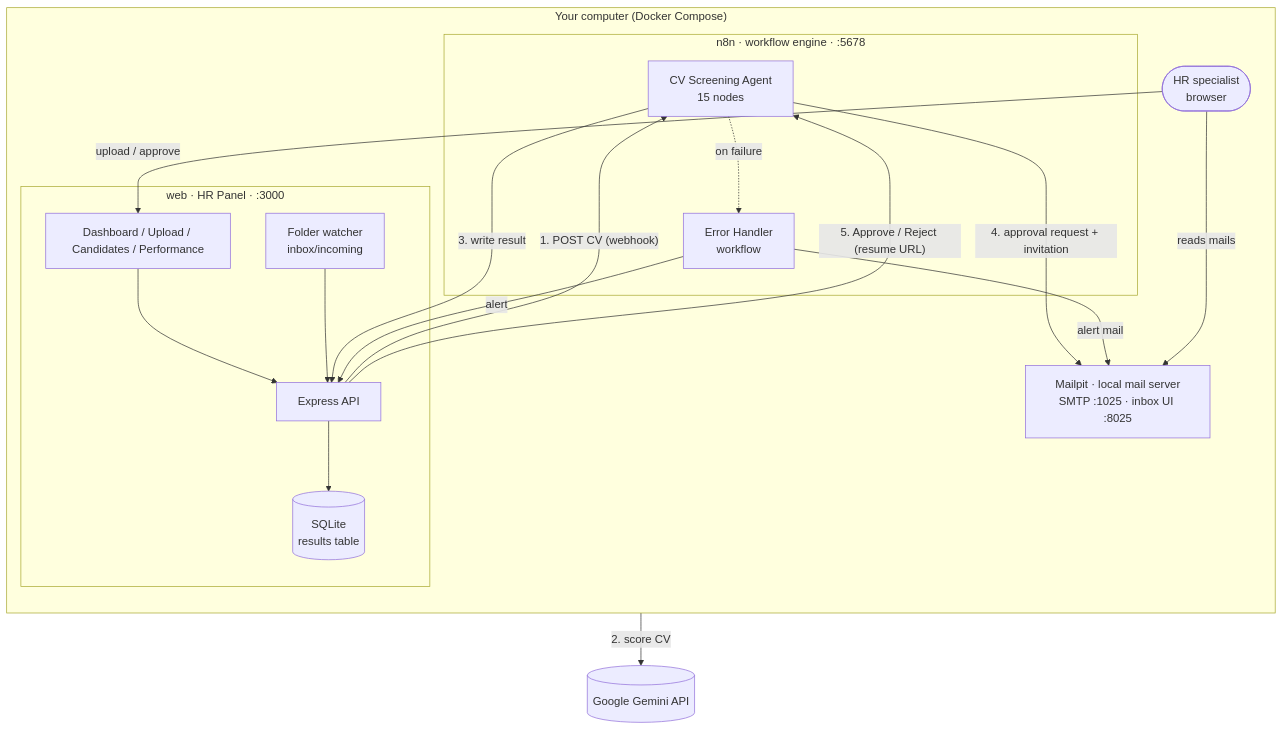
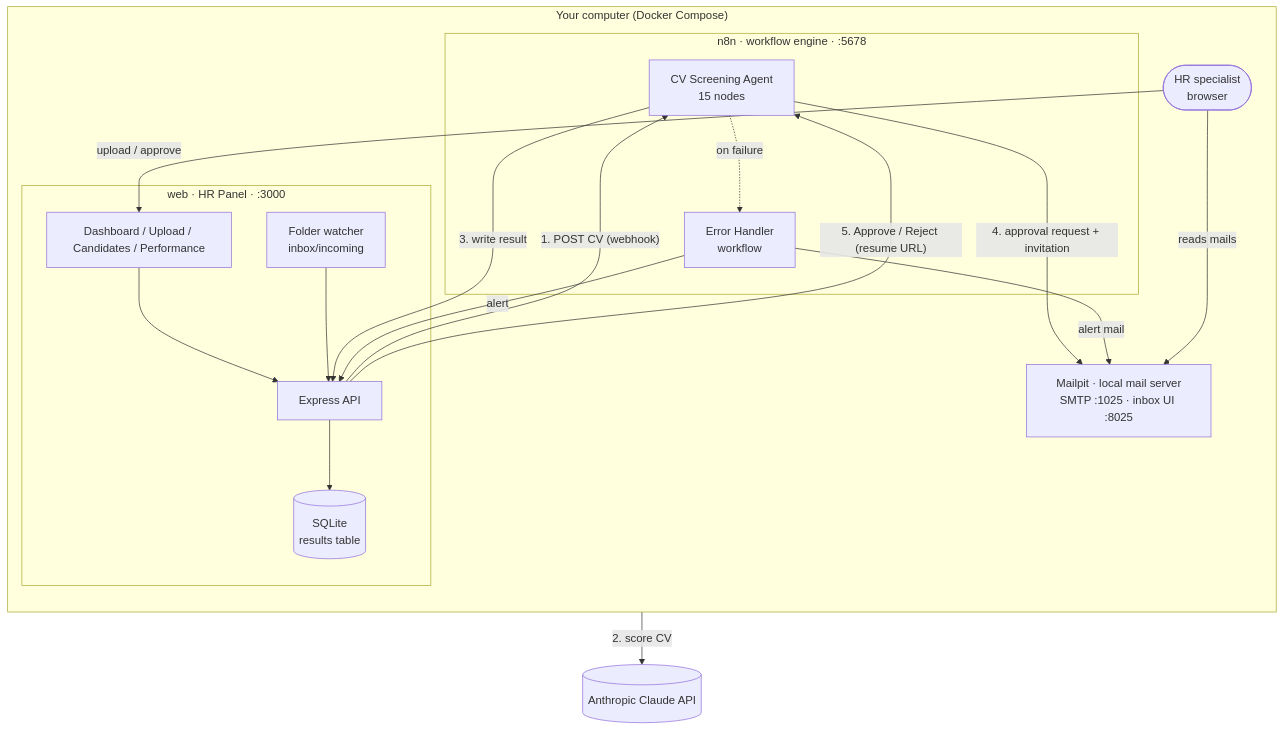
Before and after one commit to hkankyilmaz/ekomino-cv-screening: the third of 4 diagrams in README.md, drawn with Mermaid. The commit also changed other lines of this file and 18 other files, not shown here.

````diff
--- a/README.md
+++ b/README.md
@@ -160,33 +166,33 @@
 ```mermaid
 flowchart TB
     subgraph Laptop["Your computer (Docker Compose)"]
         direction TB
         HR([HR specialist<br/>browser])
         subgraph WEB["web · HR Panel · :3000"]
             UI[Dashboard / Upload / Candidates / Performance]
             API[Express API]
             DB[(SQLite<br/>results table)]
             WATCH[Folder watcher<br/>inbox/incoming]
         end
         subgraph N8N["n8n · workflow engine · :5678"]
             WF[CV Screening Agent<br/>15 nodes]
             ERR[Error Handler<br/>workflow]
         end
         MAIL[Mailpit · local mail server<br/>SMTP :1025 · inbox UI :8025]
     end
-    GEM[(Google Gemini API)]
+    GEM[(Anthropic Claude API)]
 
     HR -- upload / approve --> UI
     UI --> API
     API --> DB
     WATCH --> API
     API -- "1. POST CV (webhook)" --> WF
     WF -- "2. score CV" --> GEM
     WF -- "3. write result" --> API
     WF -- "4. approval request + invitation" --> MAIL
     API -- "5. Approve / Reject (resume URL)" --> WF
     WF -. on failure .-> ERR
     ERR -- alert --> API
     ERR -- alert mail --> MAIL
     HR -- reads mails --> MAIL
 ```
````
